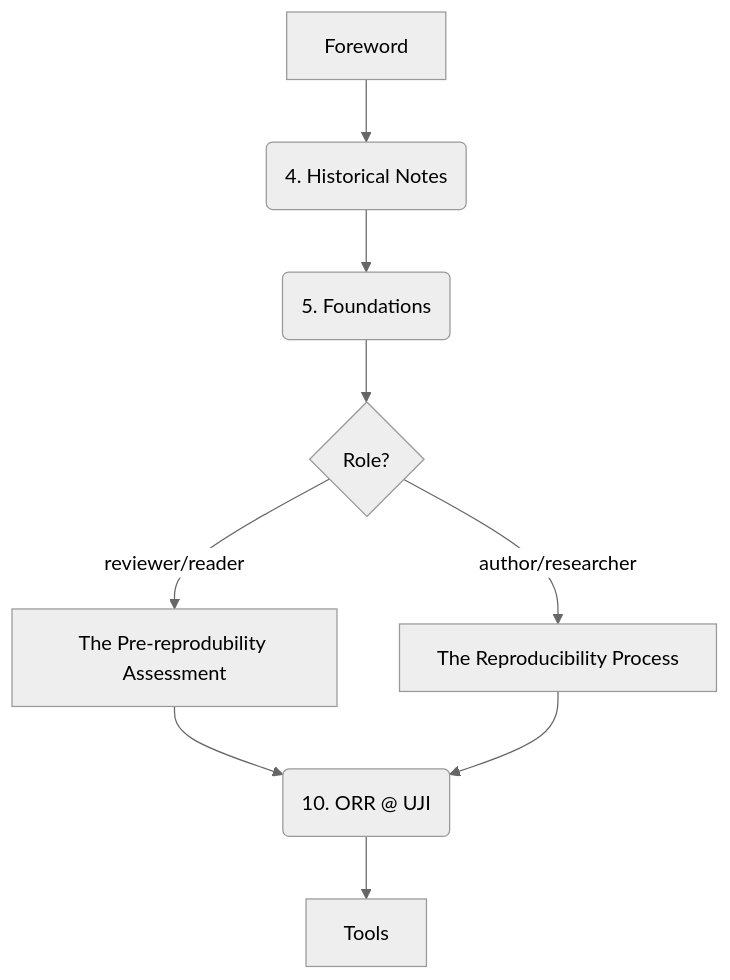
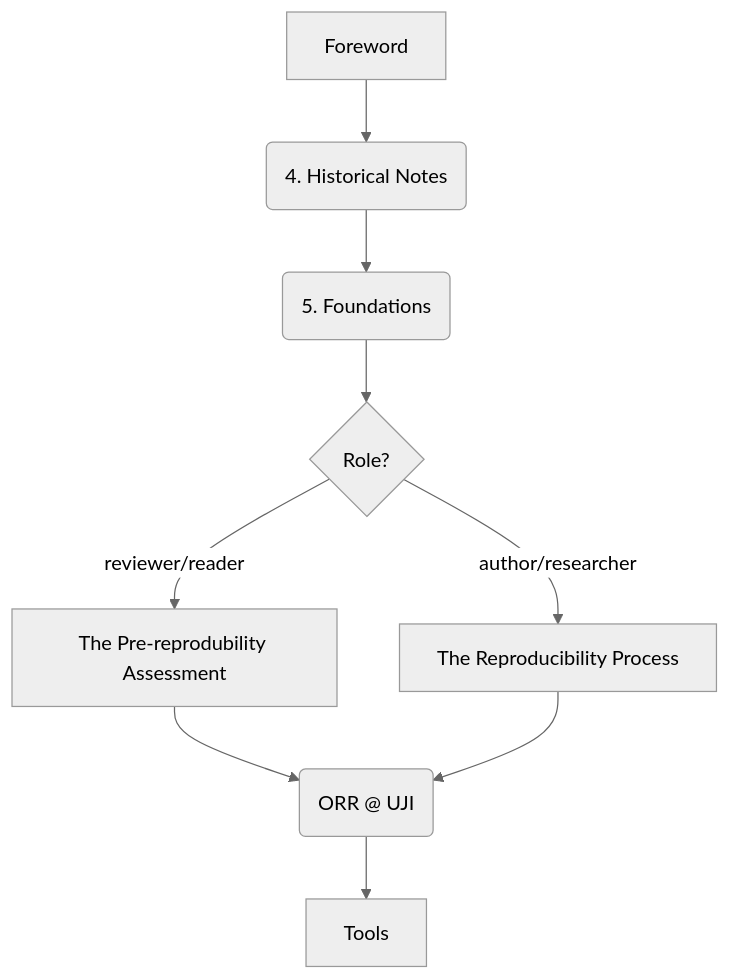
Before and after one commit to cgranell/orr: the diagram in materials/00-units.qmd, drawn with Mermaid (neutral theme).

Commit message:
fix: update course workflow

````diff
--- a/materials/00-units.qmd
+++ b/materials/00-units.qmd
@@ -7,13 +7,13 @@
 ```{mermaid}
 %%| fig-caption: "Course structure and navigation."
 %%| fig-align: center
 flowchart TB
   A[Foreword] --> B(4. Historical Notes)
   B --> C(5. Foundations)
   C --> D{Role?}
   D --> |reviewer/reader| E[The Pre-reprodubility Assessment]
   D --> |author/researcher| F[The Reproducibility Process]
-  E --> G(10. ORR @ UJI)
-  F --> G(10. ORR @ UJI)
+  E --> G(ORR @ UJI)
+  F --> G(ORR @ UJI)
   G --> H[Tools]
 ```
````
